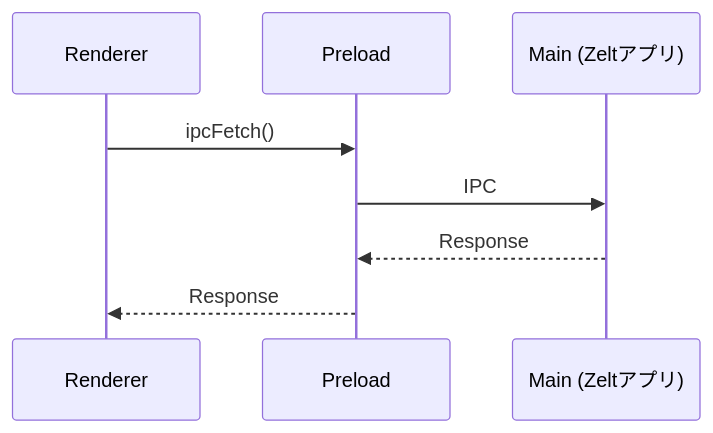
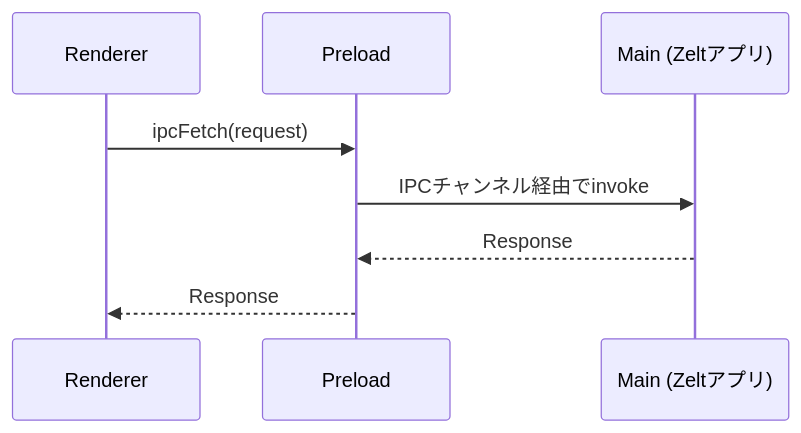
Before and after one commit to zeltjs/zelt: the diagram in website/i18n/ja/docusaurus-plugin-content-docs/current/getting-started/electron.mdx, drawn with Mermaid. The commit also changed 7 other files, not shown here.

First line of the commit message:
docs(website): redesign remaining diagrams for reader-facing clarity

````diff
--- a/website/i18n/ja/docusaurus-plugin-content-docs/current/getting-started/electron.mdx
+++ b/website/i18n/ja/docusaurus-plugin-content-docs/current/getting-started/electron.mdx
@@ -28,11 +28,11 @@
 ```mermaid
 sequenceDiagram
   participant Renderer
   participant Preload
   participant Main as Main (Zeltアプリ)
 
-  Renderer->>Preload: ipcFetch()
-  Preload->>Main: IPC
+  Renderer->>Preload: ipcFetch(request)
+  Preload->>Main: IPCチャンネル経由でinvoke
   Main-->>Preload: Response
   Preload-->>Renderer: Response
 ```
````
